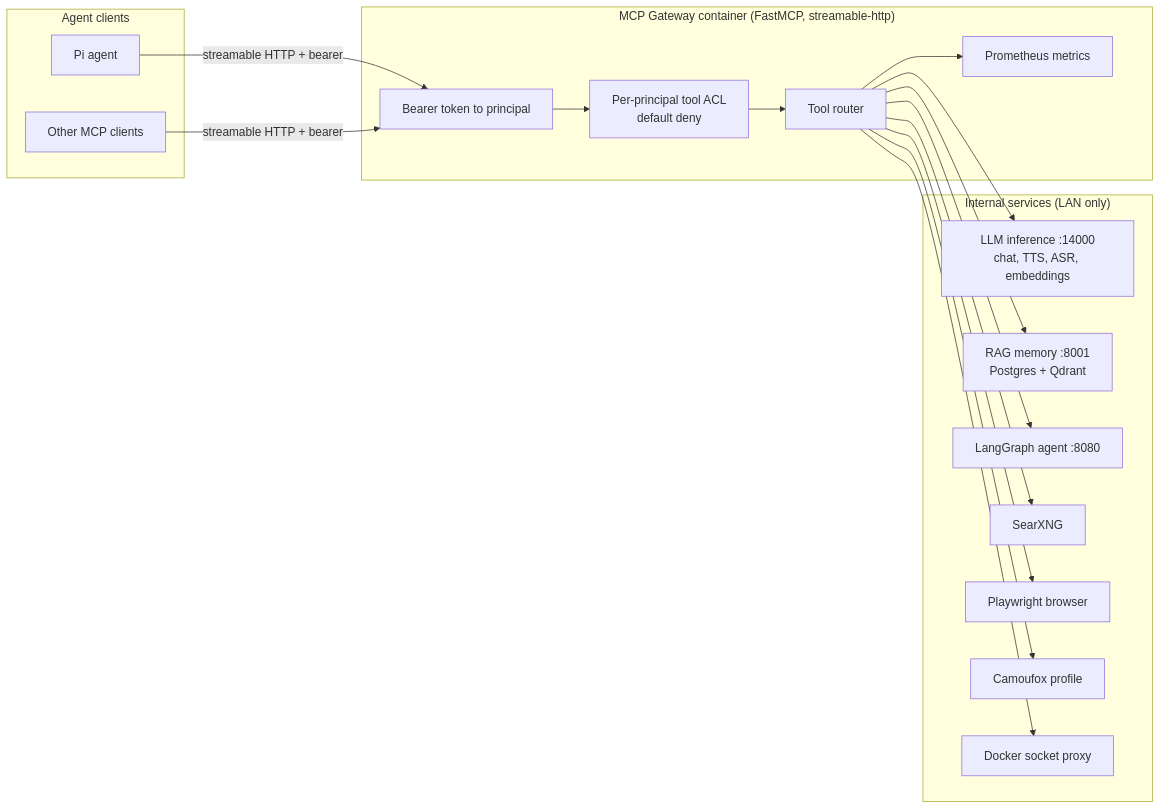
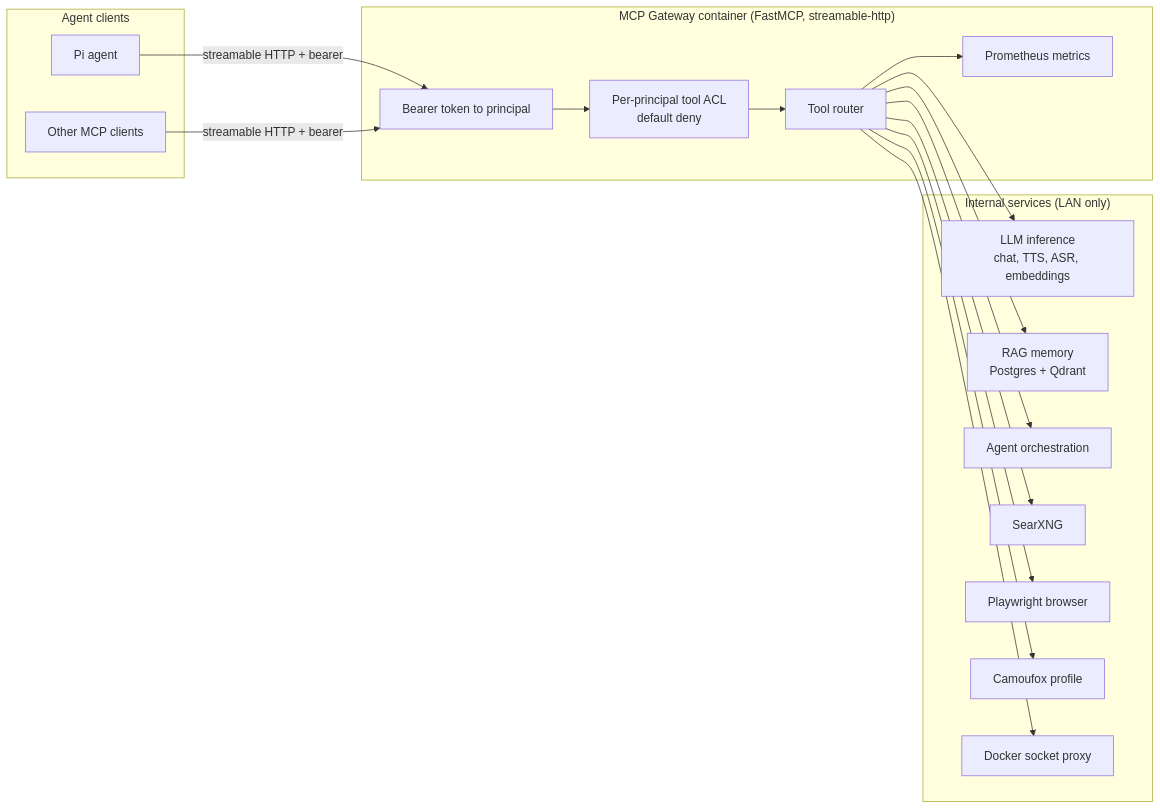
The diagram in README.md (sternnick/mcp-gateway), drawn with Mermaid before and after one commit. The commit also changed other lines of this file and 2 other files, not shown here.

````diff
--- a/README.md
+++ b/README.md
@@ -20,36 +20,36 @@
 ```mermaid
 flowchart LR
     subgraph Agents["Agent clients"]
         A1["Pi agent"]
         A2["Other MCP clients"]
     end
 
     subgraph Gateway["MCP Gateway container (FastMCP, streamable-http)"]
         TOK["Bearer token to principal"]
         ACL["Per-principal tool ACL<br/>default deny"]
         ROUTER["Tool router"]
         METRICS["Prometheus metrics"]
     end
 
     subgraph Services["Internal services (LAN only)"]
-        LLM["LLM inference :14000<br/>chat, TTS, ASR, embeddings"]
-        RAG["RAG memory :8001<br/>Postgres + Qdrant"]
-        LG["LangGraph agent :8080"]
+        LLM["LLM inference<br/>chat, TTS, ASR, embeddings"]
+        RAG["RAG memory<br/>Postgres + Qdrant"]
+        LG["Agent orchestration"]
         SRX["SearXNG"]
         PWB["Playwright browser"]
         CAM["Camoufox profile"]
         DOCK["Docker socket proxy"]
     end
 
     A1 -->|"streamable HTTP + bearer"| TOK
     A2 -->|"streamable HTTP + bearer"| TOK
     TOK --> ACL --> ROUTER
     ROUTER --> LLM
     ROUTER --> RAG
     ROUTER --> LG
     ROUTER --> SRX
     ROUTER --> PWB
     ROUTER --> CAM
     ROUTER --> DOCK
     ROUTER --> METRICS
 ```
````
